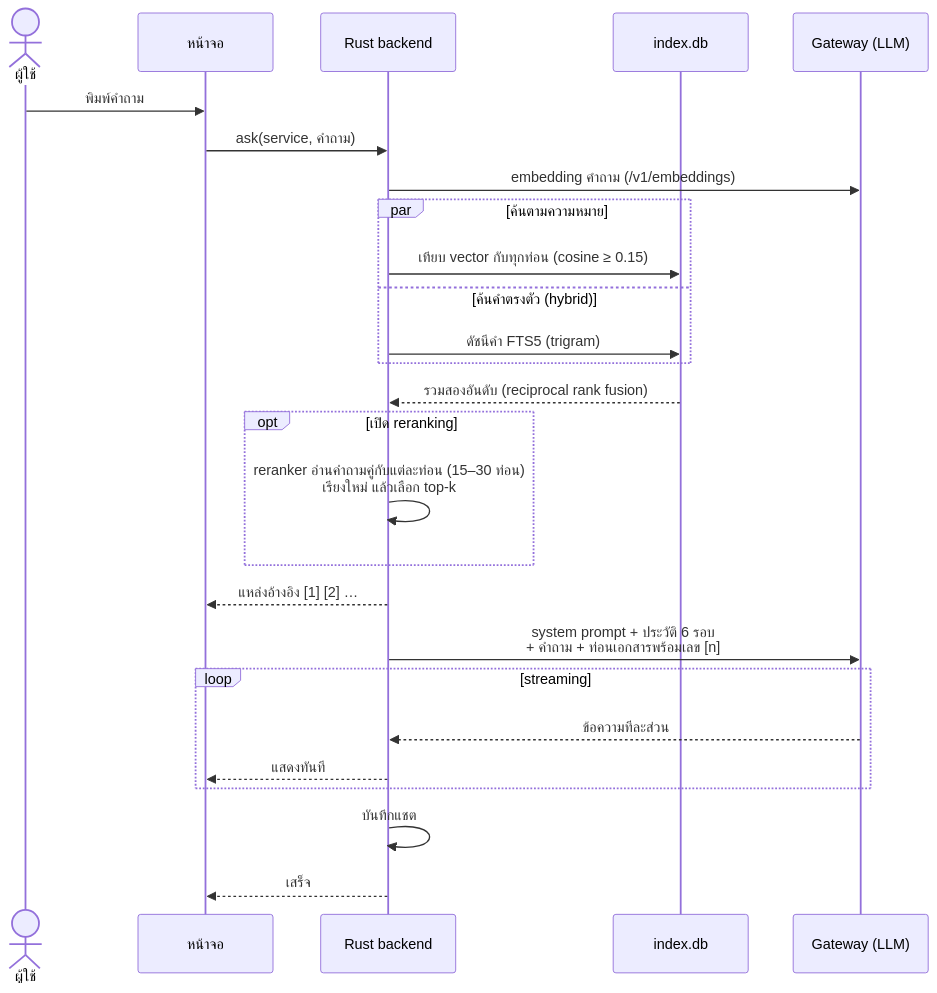
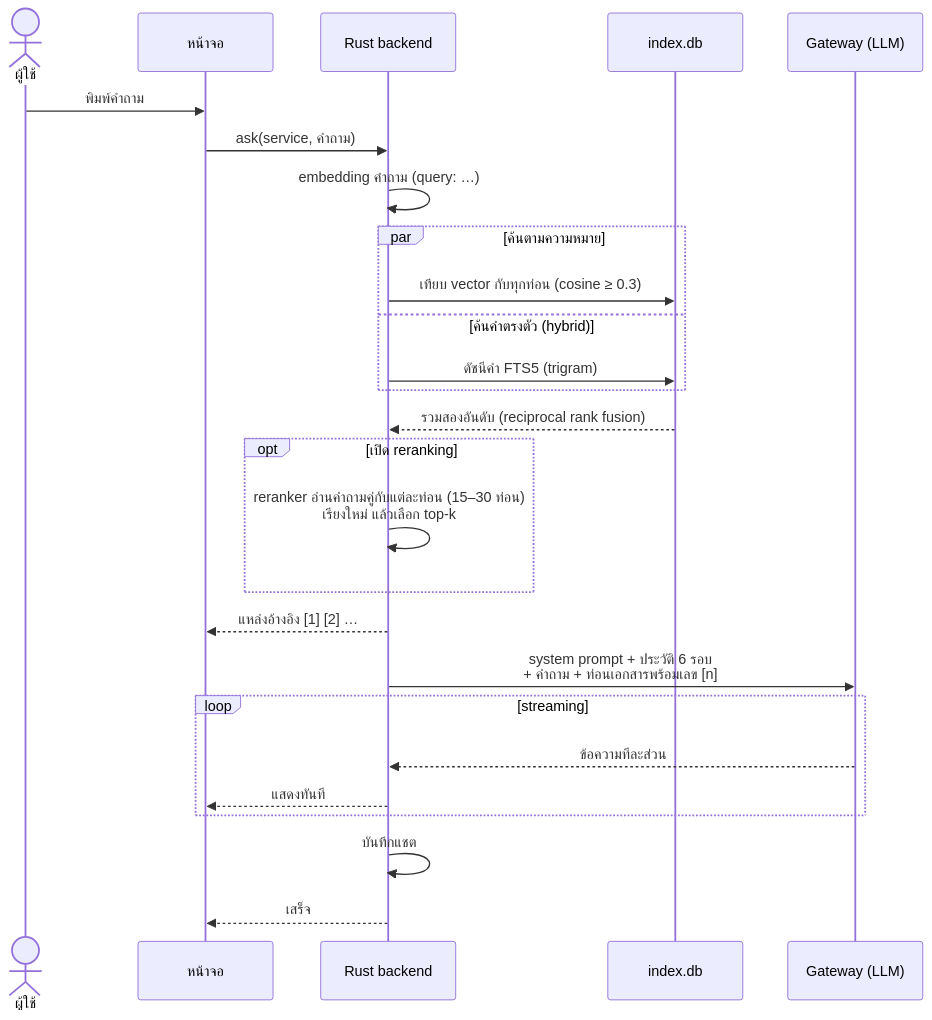
Before and after one commit to bebarboss/local_notebook: the fourth of 5 diagrams in README.md, drawn with Mermaid. The commit also changed other lines of this file and 16 other files, not shown here.

````diff
--- a/README.md
+++ b/README.md
@@ -162,29 +168,29 @@
 ```mermaid
 sequenceDiagram
     actor U as ผู้ใช้
     participant UI as หน้าจอ
     participant R as Rust backend
     participant DB as index.db
     participant GW as Gateway (LLM)
 
     U->>UI: พิมพ์คำถาม
     UI->>R: ask(service, คำถาม)
-    R->>GW: embedding คำถาม (/v1/embeddings)
+    R->>R: embedding คำถาม (query: …)
     par ค้นตามความหมาย
-        R->>DB: เทียบ vector กับทุกท่อน (cosine ≥ 0.15)
+        R->>DB: เทียบ vector กับทุกท่อน (cosine ≥ 0.3)
     and ค้นคำตรงตัว (hybrid)
         R->>DB: ดัชนีคำ FTS5 (trigram)
     end
     DB-->>R: รวมสองอันดับ (reciprocal rank fusion)
     opt เปิด reranking
         R->>R: reranker อ่านคำถามคู่กับแต่ละท่อน (15–30 ท่อน)<br/>เรียงใหม่ แล้วเลือก top-k
     end
     R-->>UI: แหล่งอ้างอิง [1] [2] …
     R->>GW: system prompt + ประวัติ 6 รอบ<br/>+ คำถาม + ท่อนเอกสารพร้อมเลข [n]
     loop streaming
         GW-->>R: ข้อความทีละส่วน
         R-->>UI: แสดงทันที
     end
     R->>R: บันทึกแชต
     R-->>UI: เสร็จ
 ```
````
